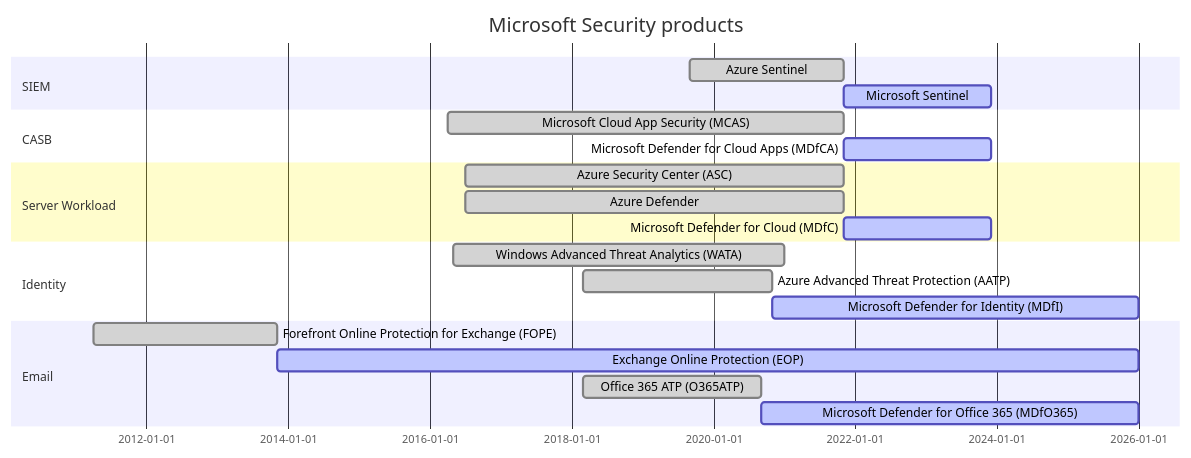
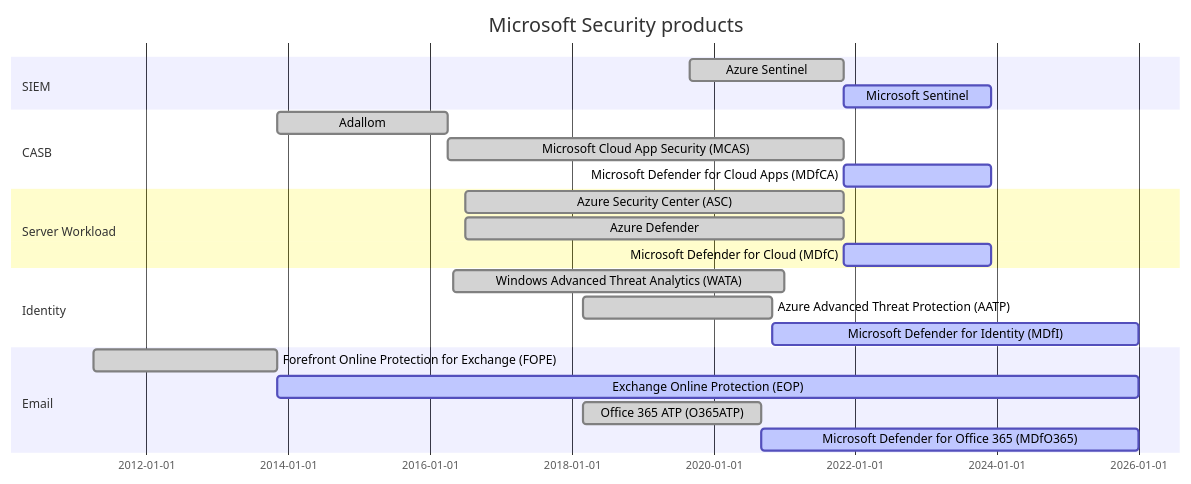
Before and after one commit to jlaundry/MicrosoftNaming: the second of 5 diagrams in README.md, drawn with Mermaid. The commit also changed other lines of this file, not shown here.

````diff
--- a/README.md
+++ b/README.md
@@ -33,31 +36,32 @@
 ```mermaid
 gantt
 dateFormat  YYYY-MM
 title Microsoft Security products
 excludes weekdays 2010-01-01
 
 section SIEM
 Azure Sentinel                            :done,   asentinel, 2019-09, 2021-11
 Microsoft Sentinel                        :active, msentinel, 2021-11, 2023-12
 
 section CASB
+Adallom                                   :done,     adallom, 2013-11, 2016-04
 Microsoft Cloud App Security (MCAS)       :done,        mcas, 2016-04, 2021-11
 Microsoft Defender for Cloud Apps (MDfCA) :active,     mdfca, 2021-11, 2023-12
 
 section Server Workload
 Azure Security Center (ASC)               :done,         asc, 2016-07, 2021-11
 Azure Defender                            :done,      azured, 2016-07, 2021-11
 Microsoft Defender for Cloud (MDfC)       :active,      mdfc, 2021-11, 2023-12
 
 section Identity
 Windows Advanced Threat Analytics (WATA)  :done,        wata, 2016-05, 2021-01
 Azure Advanced Threat Protection (AATP)   :done,        aatp, 2018-03, 2020-11
 Microsoft Defender for Identity (MDfI)    :active,      mdfi, 2020-11, 2026-01
 
 section Email
 Forefront Online Protection for Exchange (FOPE)  :done,      fope, 2011-04, 2013-11
 Exchange Online Protection (EOP)                 :active,     eop, 2013-11, 2026-01
 Office 365 ATP (O365ATP)                         :done,   o365atp, 2018-03, 2020-09
 Microsoft Defender for Office 365 (MDfO365)      :active,    mdfi, 2020-09, 2026-01
 
 ```
````
